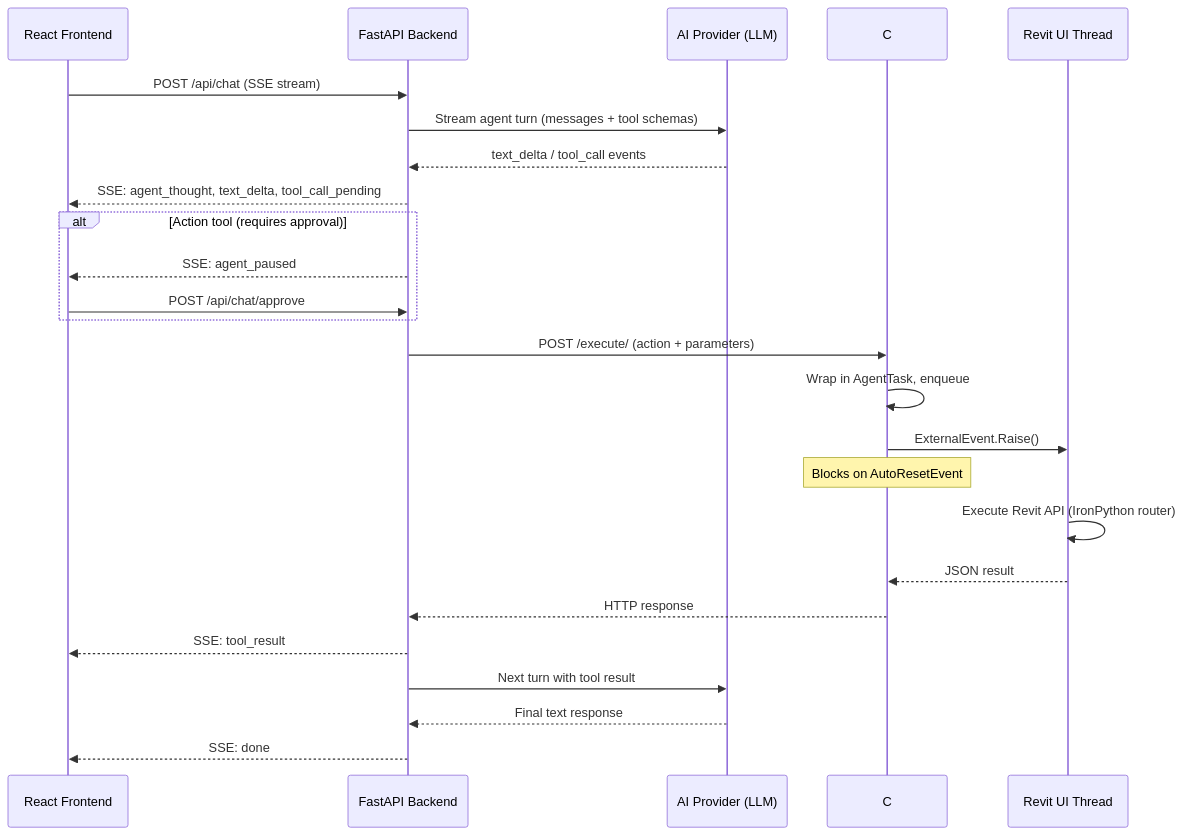
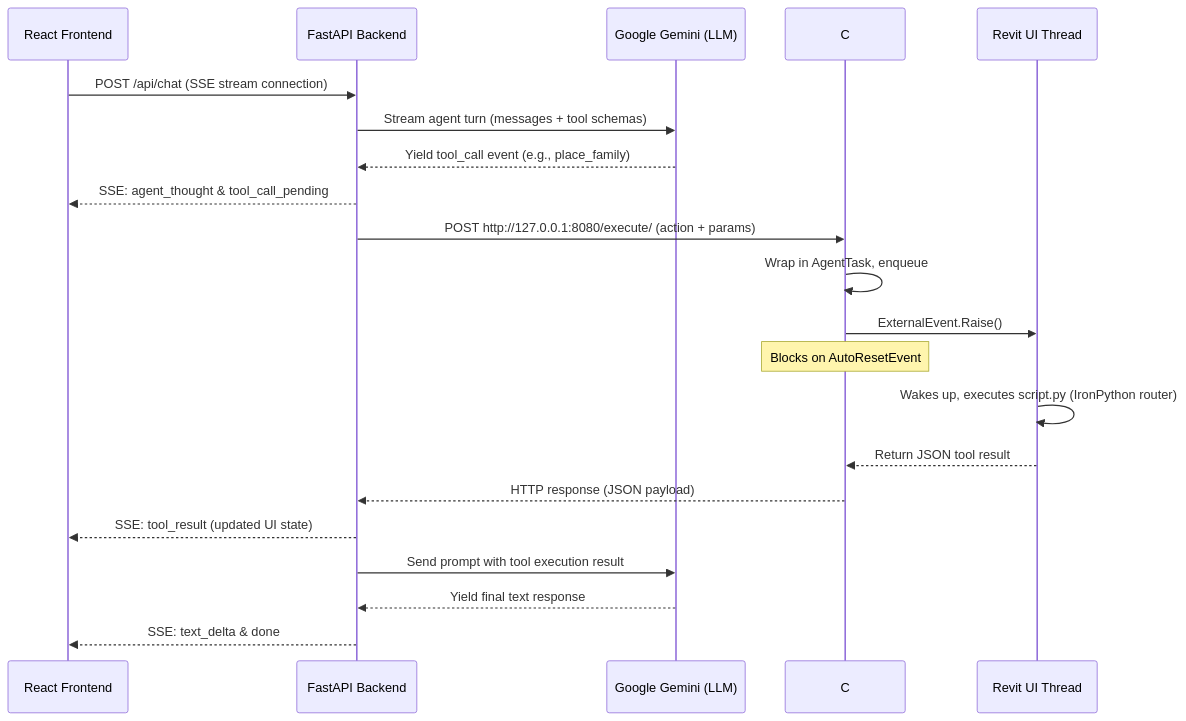
The first of 2 diagrams in README.md (yuniskhamis7-max/AI-Revit-Agent), drawn with Mermaid before and after one commit. The commit also changed other lines of this file and 27 other files, not shown here.

Commit message:
Refactor backend: remove SQLAlchemy ORM in favor of raw SQLite SQL, decouple core agent loop, keep Gemini provider, add frontend offline warning banner, and update READMEs

````diff
--- a/README.md
+++ b/README.md
@@ -73,30 +91,26 @@
 ```mermaid
 sequenceDiagram
     participant FE as React Frontend
     participant BE as FastAPI Backend
-    participant AI as AI Provider (LLM)
+    participant AI as Google Gemini (LLM)
     participant BR as C# Bridge (HttpListener)
     participant RV as Revit UI Thread
 
-    FE->>BE: POST /api/chat (SSE stream)
+    FE->>BE: POST /api/chat (SSE stream connection)
     BE->>AI: Stream agent turn (messages + tool schemas)
-    AI-->>BE: text_delta / tool_call events
-    BE-->>FE: SSE: agent_thought, text_delta, tool_call_pending
+    AI-->>BE: Yield tool_call event (e.g., place_family)
+    BE-->>FE: SSE: agent_thought & tool_call_pending
 
-    alt Action tool (requires approval)
-        BE-->>FE: SSE: agent_paused
-        FE->>BE: POST /api/chat/approve
-    end
-
-    BE->>BR: POST /execute/ (action + parameters)
+    BE->>BR: POST http://127.0.0.1:8080/execute/ (action + params)
     BR->>BR: Wrap in AgentTask, enqueue
     BR->>RV: ExternalEvent.Raise()
     Note over BR: Blocks on AutoResetEvent
-    RV->>RV: Execute Revit API (IronPython router)
-    RV-->>BR: JSON result
-    BR-->>BE: HTTP response
-    BE-->>FE: SSE: tool_result
-    BE->>AI: Next turn with tool result
-    AI-->>BE: Final text response
-    BE-->>FE: SSE: done
+    RV->>RV: Wakes up, executes script.py (IronPython router)
+    RV-->>BR: Return JSON tool result
+    BR-->>BE: HTTP response (JSON payload)
+    BE-->>FE: SSE: tool_result (updated UI state)
+    
+    BE->>AI: Send prompt with tool execution result
+    AI-->>BE: Yield final text response
+    BE-->>FE: SSE: text_delta & done
 ```
````
